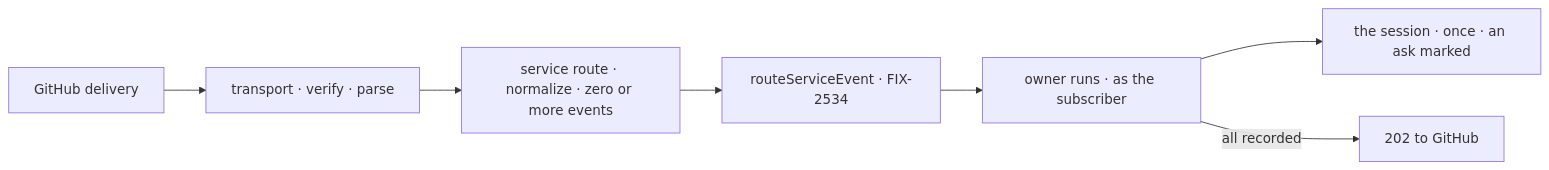
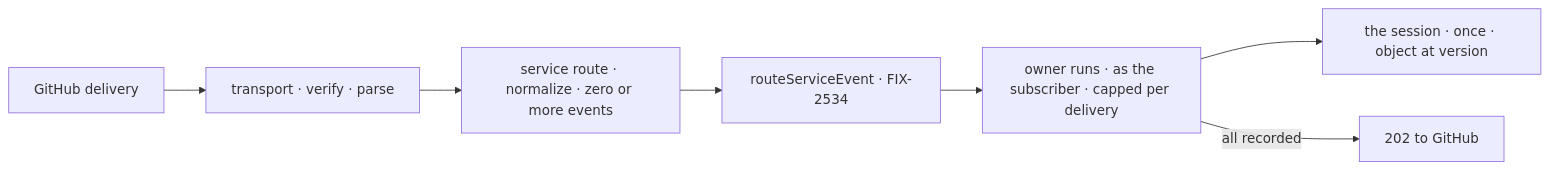
The second of 2 diagrams in specs/issues/FIX-2535/SPEC.md (fixpoint-labs/flow-state-dev), drawn with Mermaid before and after one commit. The commit also changed other lines of this file and 4 other files, not shown here.

````diff
--- a/specs/issues/FIX-2535/SPEC.md
+++ b/specs/issues/FIX-2535/SPEC.md
@@ -83,9 +74,9 @@
 ```mermaid
 flowchart LR
   G["GitHub delivery"] --> V["transport · verify · parse"]
   V --> N["service route · normalize · zero or more events"]
   N --> R["routeServiceEvent · FIX-2534"]
-  R --> O["owner runs · as the subscriber"]
-  O --> M["the session · once · an ask marked"]
+  R --> O["owner runs · as the subscriber · capped per delivery"]
+  O --> M["the session · once · object at version"]
   O -->|"all recorded"| A["202 to GitHub"]
 ```
````
